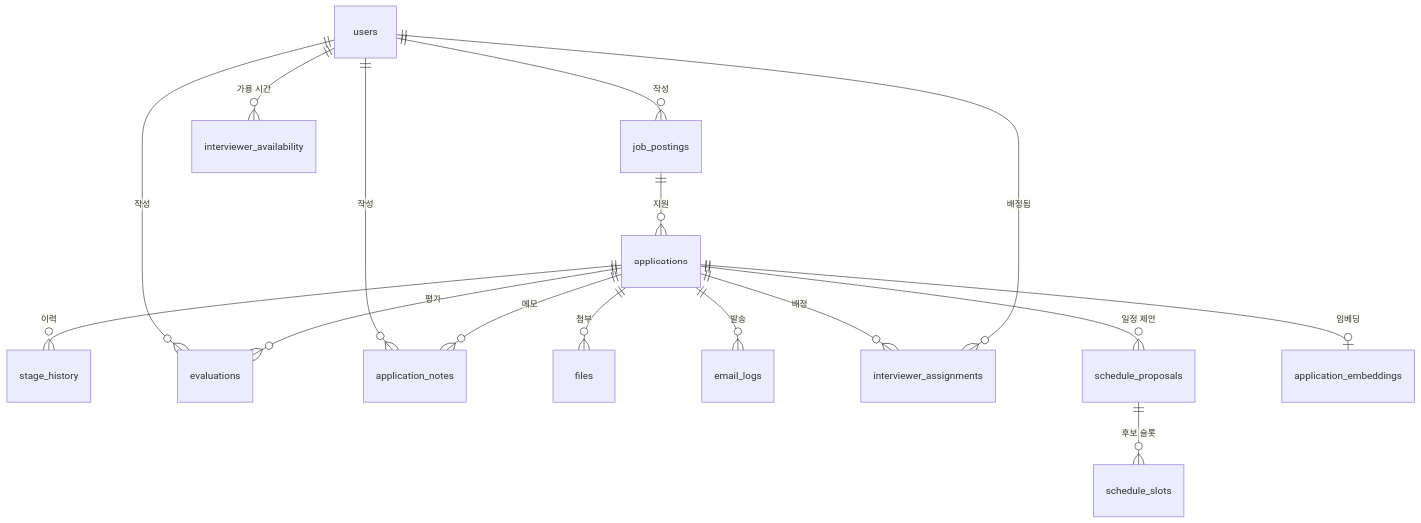
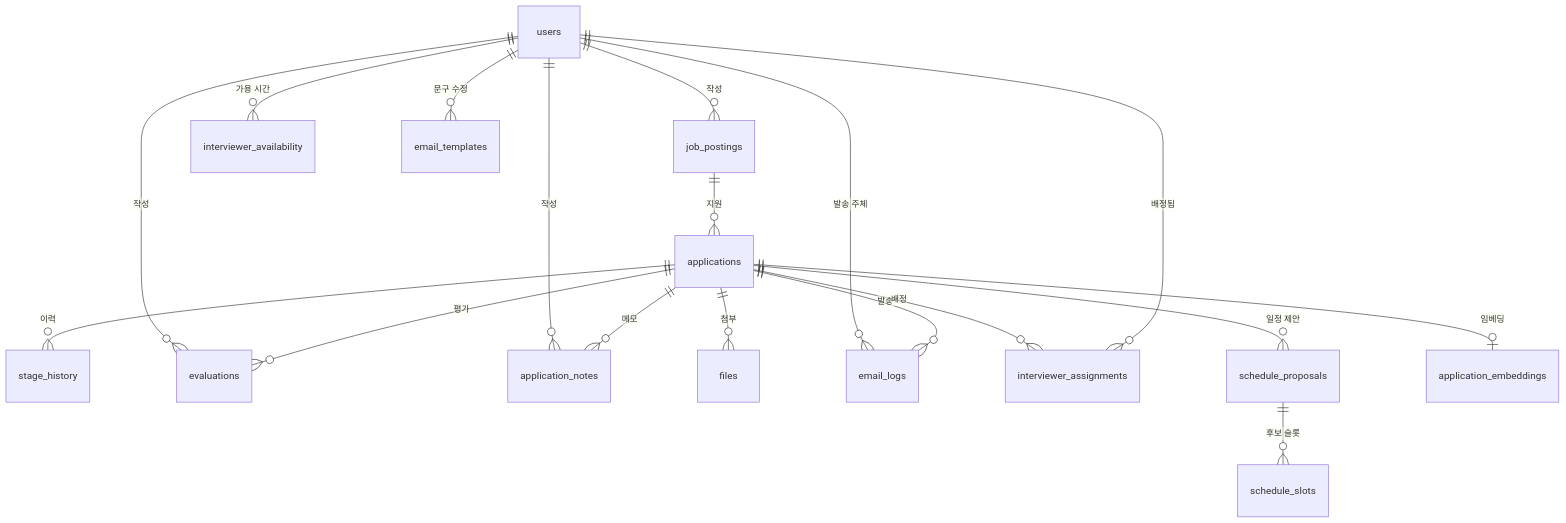
The diagram in docs/00_overview/01-erd.md (Seuk-Team/Arda), drawn with Mermaid before and after one commit. The commit also changed other lines of this file and 41 other files, not shown here.

````diff
--- a/docs/00_overview/01-erd.md
+++ b/docs/00_overview/01-erd.md
@@ -17,18 +18,20 @@
 ```mermaid
 erDiagram
     users ||--o{ job_postings : "작성"
     job_postings ||--o{ applications : "지원"
     applications ||--o{ stage_history : "이력"
     applications ||--o{ evaluations : "평가"
     applications ||--o{ application_notes : "메모"
     applications ||--o{ files : "첨부"
     applications ||--o{ email_logs : "발송"
     users ||--o{ evaluations : "작성"
     users ||--o{ application_notes : "작성"
     users ||--o{ interviewer_assignments : "배정됨"
     applications ||--o{ interviewer_assignments : "배정"
     users ||--o{ interviewer_availability : "가용 시간"
     applications ||--o{ schedule_proposals : "일정 제안"
     schedule_proposals ||--o{ schedule_slots : "후보 슬롯"
     applications ||--o| application_embeddings : "임베딩"
+    users ||--o{ email_logs : "발송 주체"
+    users ||--o{ email_templates : "문구 수정"
 ```
````
